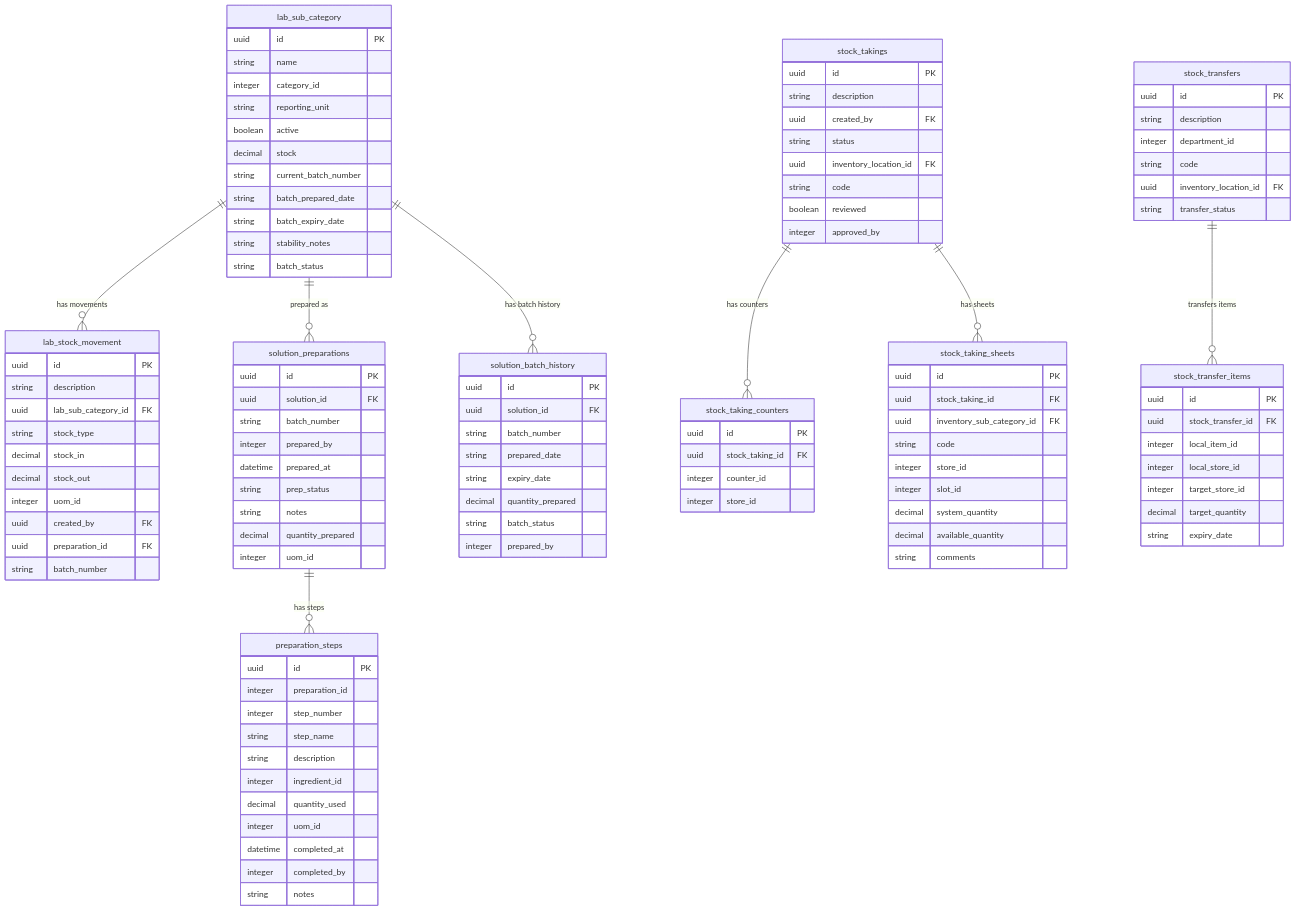
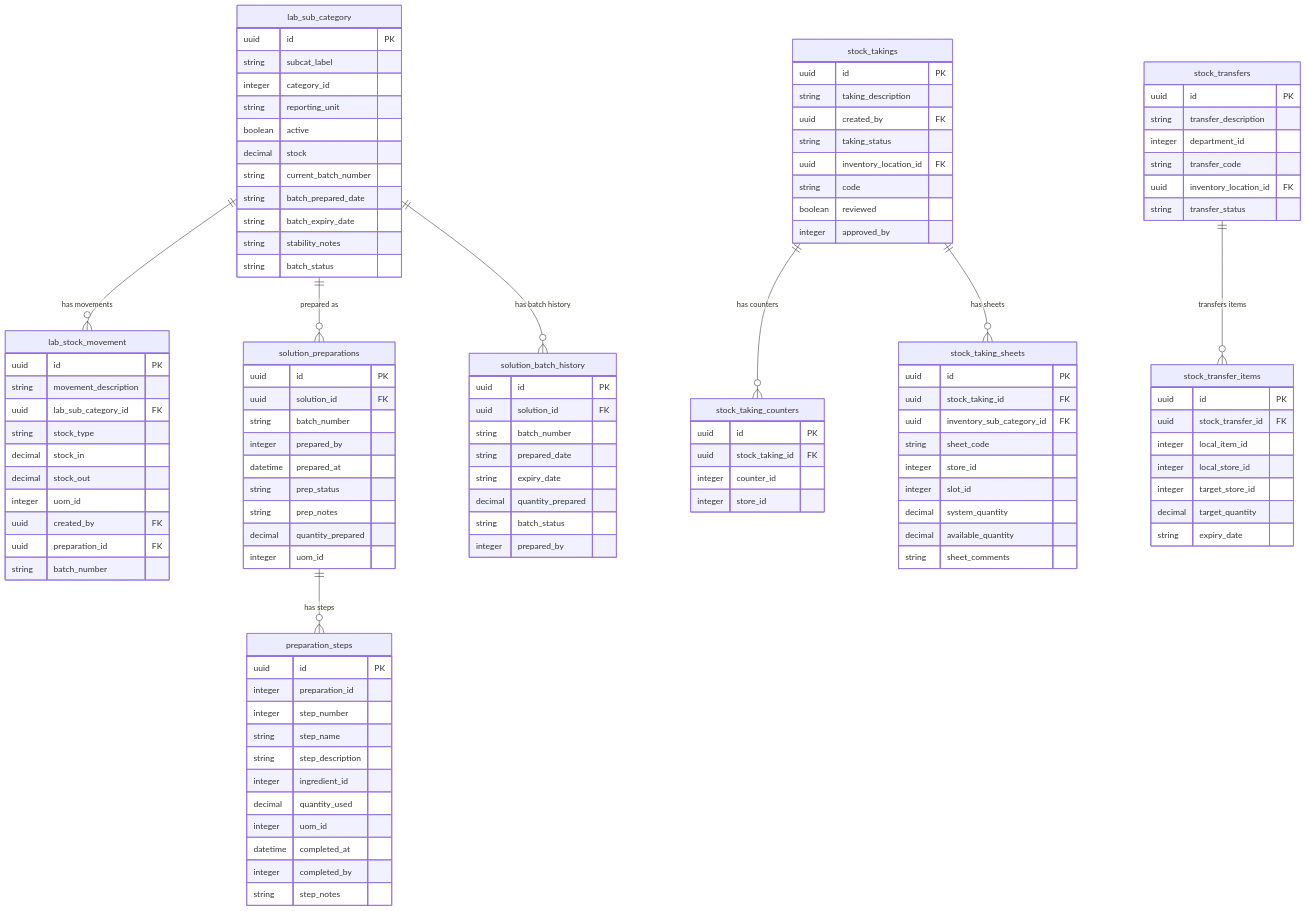
Before and after one commit to ErnestKamau/shh: diagram 15 of 25 in docs/database-erd.md, drawn with Mermaid. The commit also changed other lines of this file, not shown here.

```diff
--- a/docs/database-erd.md
+++ b/docs/database-erd.md
@@ -2101,7 +2117,7 @@
 erDiagram
     lab_sub_category {
         uuid id PK
-        string name
+        string subcat_label
         integer category_id
         string reporting_unit
         boolean active
@@ -2115,7 +2131,7 @@
 
     lab_stock_movement {
         uuid id PK
-        string description
+        string movement_description
         uuid lab_sub_category_id FK
         string stock_type
         decimal stock_in
@@ -2133,7 +2149,7 @@
         integer prepared_by
         datetime prepared_at
         string prep_status
-        string notes
+        string prep_notes
         decimal quantity_prepared
         integer uom_id
     }
@@ -2154,20 +2170,20 @@
         integer preparation_id
         integer step_number
         string step_name
-        string description
+        string step_description
         integer ingredient_id
         decimal quantity_used
         integer uom_id
         datetime completed_at
         integer completed_by
-        string notes
+        string step_notes
     }
 
     stock_takings {
         uuid id PK
-        string description
+        string taking_description
         uuid created_by FK
-        string status
+        string taking_status
         uuid inventory_location_id FK
         string code
         boolean reviewed
@@ -2185,19 +2201,19 @@
         uuid id PK
         uuid stock_taking_id FK
         uuid inventory_sub_category_id FK
-        string code
+        string sheet_code
         integer store_id
         integer slot_id
         decimal system_quantity
         decimal available_quantity
-        string comments
+        string sheet_comments
     }
 
     stock_transfers {
         uuid id PK
-        string description
+        string transfer_description
         integer department_id
-        string code
+        string transfer_code
         uuid inventory_location_id FK
         string transfer_status
     }
```
